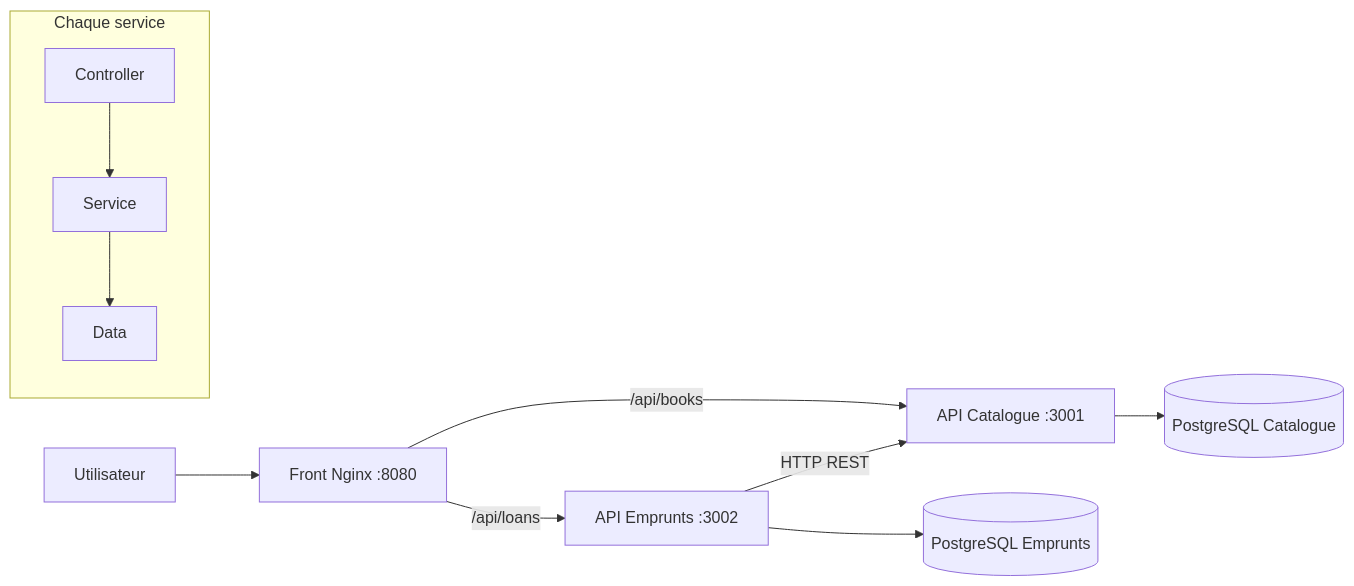
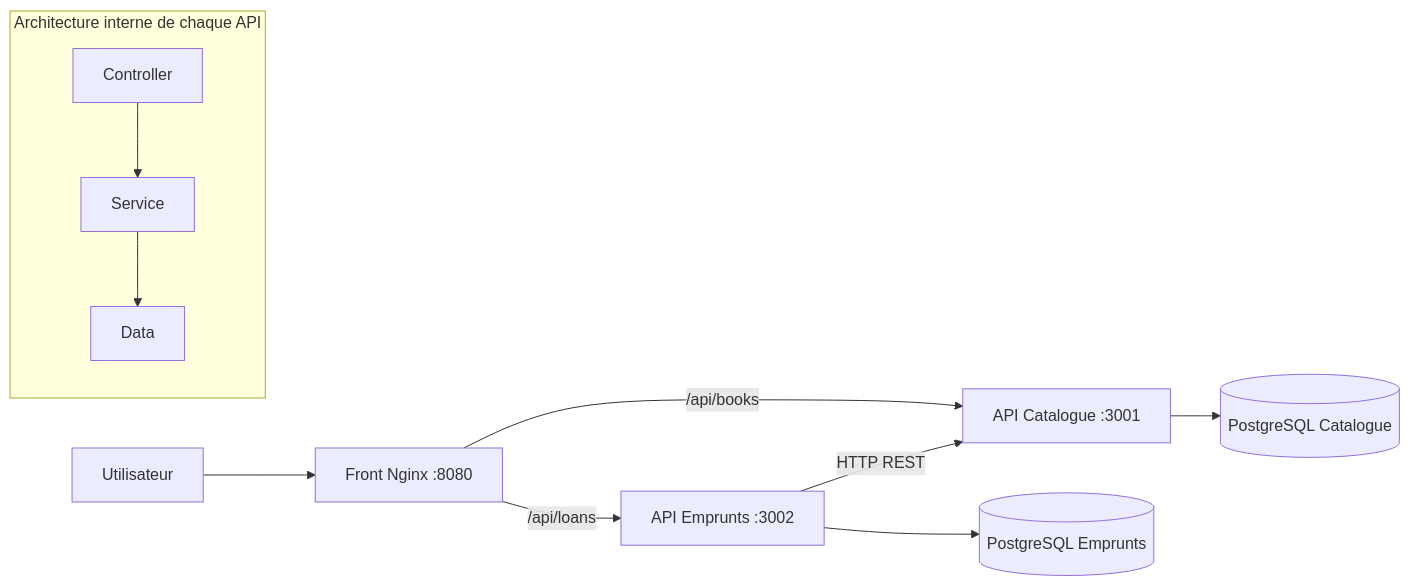
Before and after one commit to Issadevs/biblioflow-devops: the diagram in README.md, drawn with Mermaid. The commit also changed other lines of this file, not shown here.

````diff
--- a/README.md
+++ b/README.md
@@ -24,13 +56,13 @@
 ```mermaid
 flowchart LR
     U[Utilisateur] --> W[Front Nginx :8080]
     W -->|/api/books| C[API Catalogue :3001]
     W -->|/api/loans| L[API Emprunts :3002]
     L -->|HTTP REST| C
     C --> CD[(PostgreSQL Catalogue)]
     L --> LD[(PostgreSQL Emprunts)]
 
-    subgraph Chaque service
+    subgraph Architecture interne de chaque API
       CT[Controller] --> SV[Service] --> DT[Data]
     end
 ```
````
